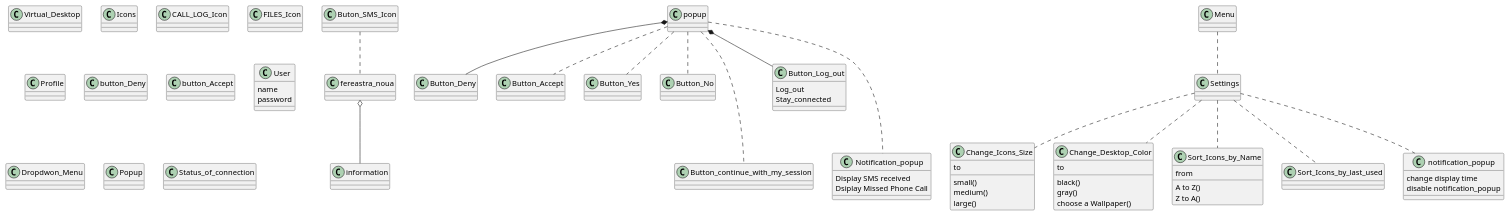
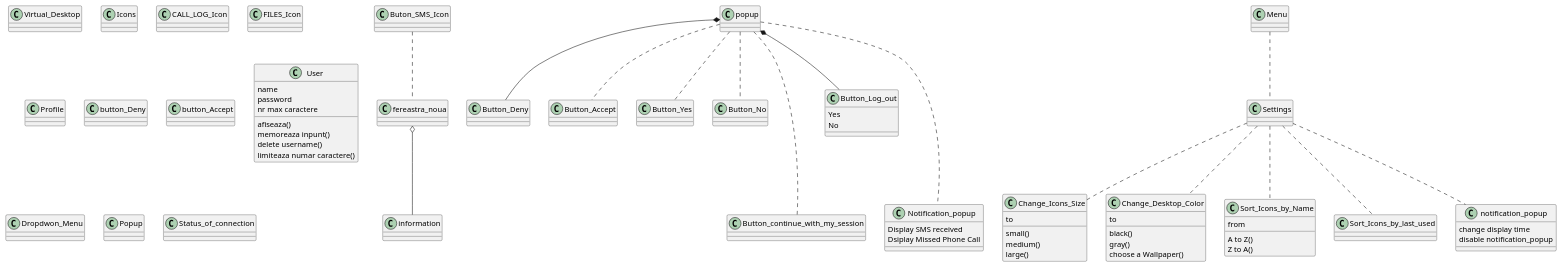
Before and after one commit to ofrasia/Remote_Phone_App_1: the diagram in Class Diagram.puml, drawn with PlantUML. The commit also changed 3 other files, not shown here.

```diff
--- a/Class Diagram.puml
+++ b/Class Diagram.puml
@@ -1,88 +1,93 @@
 @startuml
 class Virtual_Desktop {
 }
 class Icons {
 }
 class Buton_SMS_Icon {
 }
 class CALL_LOG_Icon {
 }
 class FILES_Icon {
 }
 class Profile {
 }
 class button_Deny {
 }
 class button_Accept
 popup *-- Button_Deny
 popup .. Button_Accept
 popup .. Button_Yes
 popup .. Button_No
 popup -.- Button_continue_with_my_session
 popup *-- Button_Log_out
 popup -.- Notification_popup
 
 class Button_Log_out {
-Log_out
-Stay_connected
+Yes
+No
 }
 
 class Change_Icons_Size {
 to
 small()
 medium()
 large()
 }
 
 class Change_Desktop_Color {
 to
 black()
 gray()
 choose a Wallpaper()
 }
 
 class Sort_Icons_by_Name {
 from
 A to Z()
 Z to A()
 }
 
 Menu .. Settings
 Settings .. Change_Icons_Size
 Settings .. Change_Desktop_Color
 Settings .. Sort_Icons_by_Name
 Settings .. Sort_Icons_by_last_used
 Settings .. notification_popup
 
 class notification_popup {
 change display time
 disable notification_popup
 }
 
 class User {
 name
 password
+nr max caractere
+afiseaza()
+memoreaza inpunt()
+delete username()
+limiteaza numar caractere()
 }
 class Dropdwon_Menu {
 }
 class Popup {
 }
 class Settings {
 }
 class Status_of_connection {
 }
 class fereastra_noua {
 }
 class Button_Yes {
 }
 class Button_No {
 }
 class Notification_popup {
 Display SMS received
 Dsiplay Missed Phone Call
 }
 class information
 fereastra_noua o-- information
 Buton_SMS_Icon.. fereastra_noua
 
 @enduml
```
